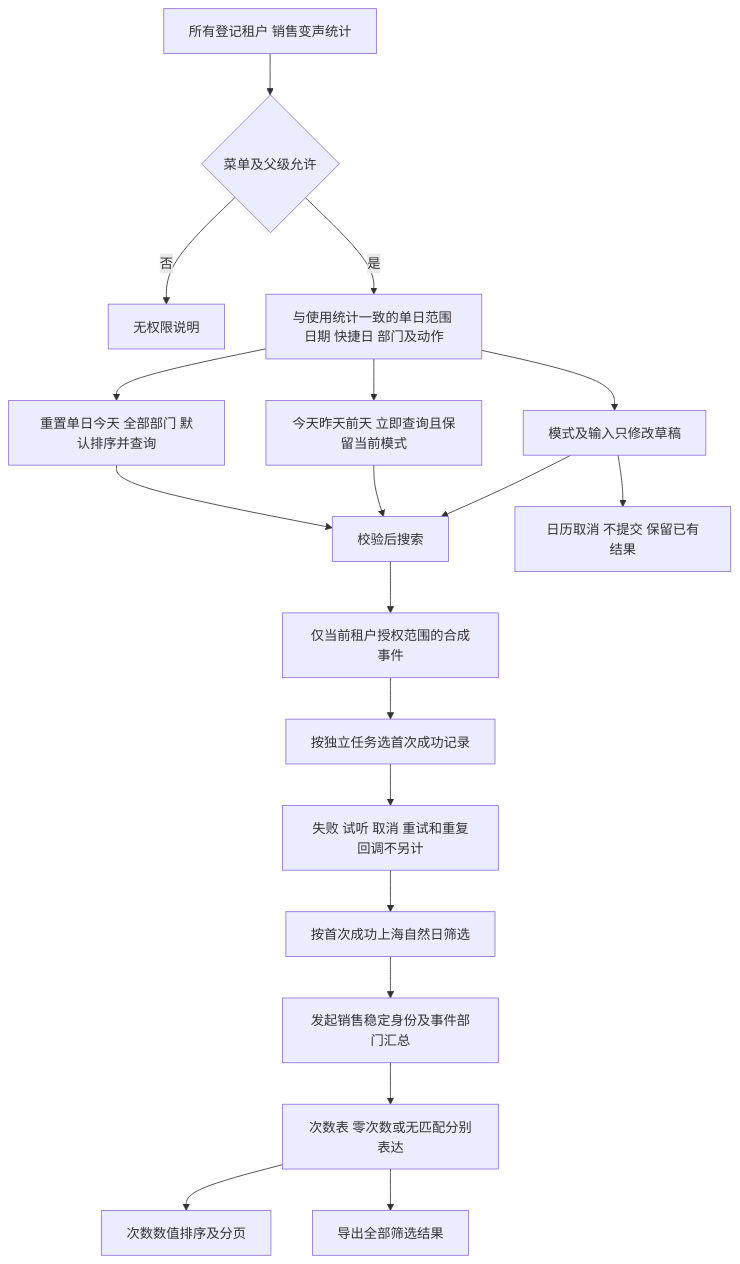
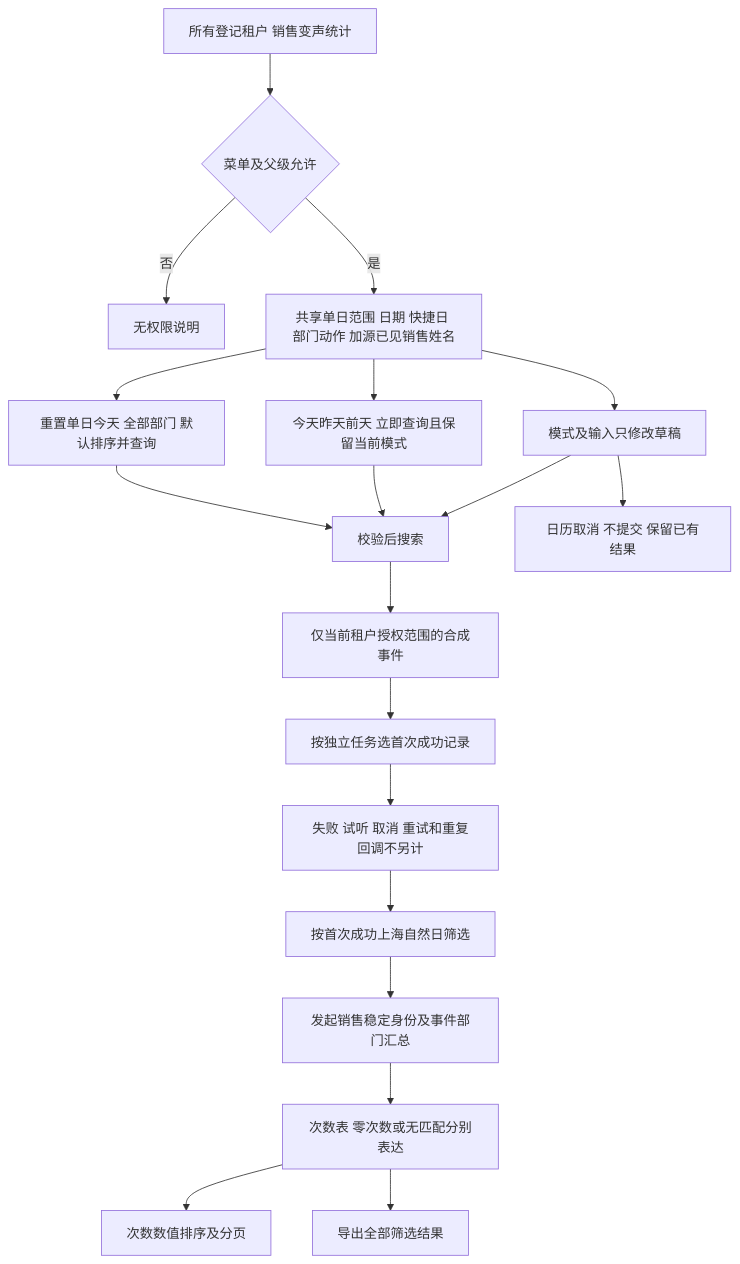
Before and after one commit to xfang9528-glitch/suiyin-admin: the fourth of 10 diagrams in flowcharts/admin-live-reference.md, drawn with Mermaid. The commit also changed other lines of this file and 103 other files, not shown here.

````diff
--- a/flowcharts/admin-live-reference.md
+++ b/flowcharts/admin-live-reference.md
@@ -81,21 +81,21 @@
 ```mermaid
 flowchart TD
     Entry[所有登记租户 销售变声统计] --> Permission{菜单及父级允许}
     Permission -->|否| Denied[无权限说明]
-    Permission -->|是| Form[与使用统计一致的单日范围 日期 快捷日 部门及动作]
+    Permission -->|是| Form[共享单日范围 日期 快捷日 部门动作 加源已见销售姓名]
     Form --> Draft[模式及输入只修改草稿]
     Draft --> Search[校验后搜索]
     Form --> Quick[今天昨天前天 立即查询且保留当前模式]
     Quick --> Search
     Form --> Reset[重置单日今天 全部部门 默认排序并查询]
     Reset --> Search
     Draft --> Cancel[日历取消 不提交 保留已有结果]
     Search --> Tenant[仅当前租户授权范围的合成事件]
     Tenant --> Dedup[按独立任务选首次成功记录]
     Dedup --> Exclude[失败 试听 取消 重试和重复回调不另计]
     Exclude --> Time[按首次成功上海自然日筛选]
     Time --> Aggregate[发起销售稳定身份及事件部门汇总]
     Aggregate --> Result[次数表 零次数或无匹配分别表达]
     Result --> Sort[次数数值排序及分页]
     Result --> Export[导出全部筛选结果]
 ```
````
